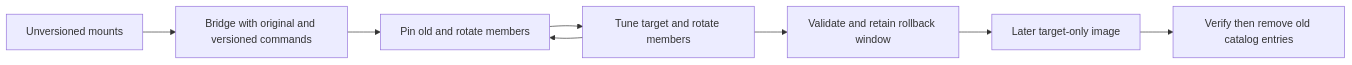
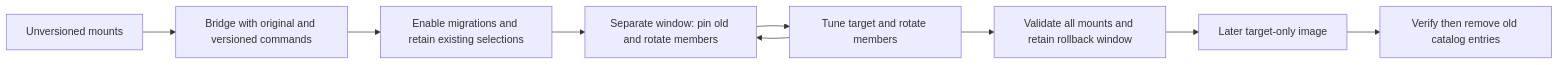
The diagram in docs/self-managed/runbooks/openbao-jwt-plugin-upgrade.md (NVIDIA/nvcf), drawn with Mermaid before and after one commit. The commit also changed other lines of this file and 36 other files, not shown here.

````diff
--- a/docs/self-managed/runbooks/openbao-jwt-plugin-upgrade.md
+++ b/docs/self-managed/runbooks/openbao-jwt-plugin-upgrade.md
@@ -252,10 +286,11 @@
 ```mermaid
 flowchart LR
   A[Unversioned mounts] --> B[Bridge with original and versioned commands]
-  B --> C[Pin old and rotate members]
+  B --> H[Enable migrations and retain existing selections]
+  H --> C[Separate window: pin old and rotate members]
   C --> D[Tune target and rotate members]
-  D --> E[Validate and retain rollback window]
+  D --> E[Validate all mounts and retain rollback window]
   E --> F[Later target-only image]
   F --> G[Verify then remove old catalog entries]
   D --> C
 ```
````
